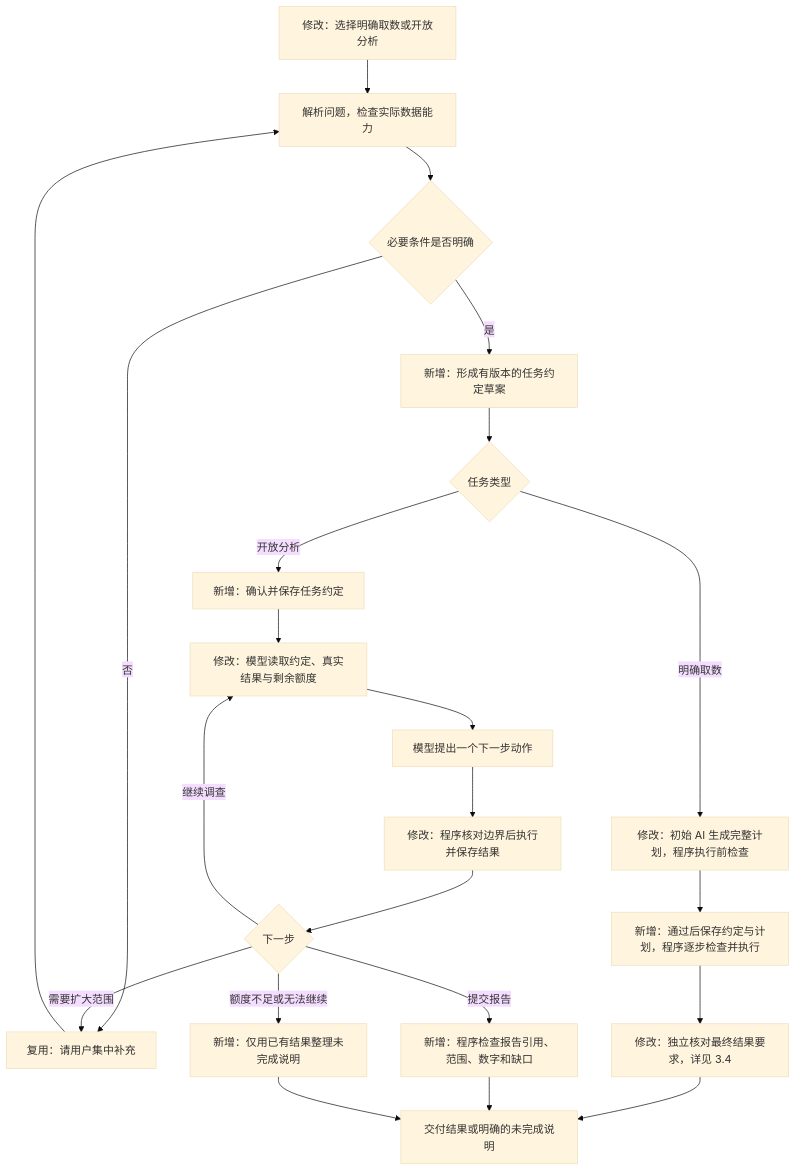
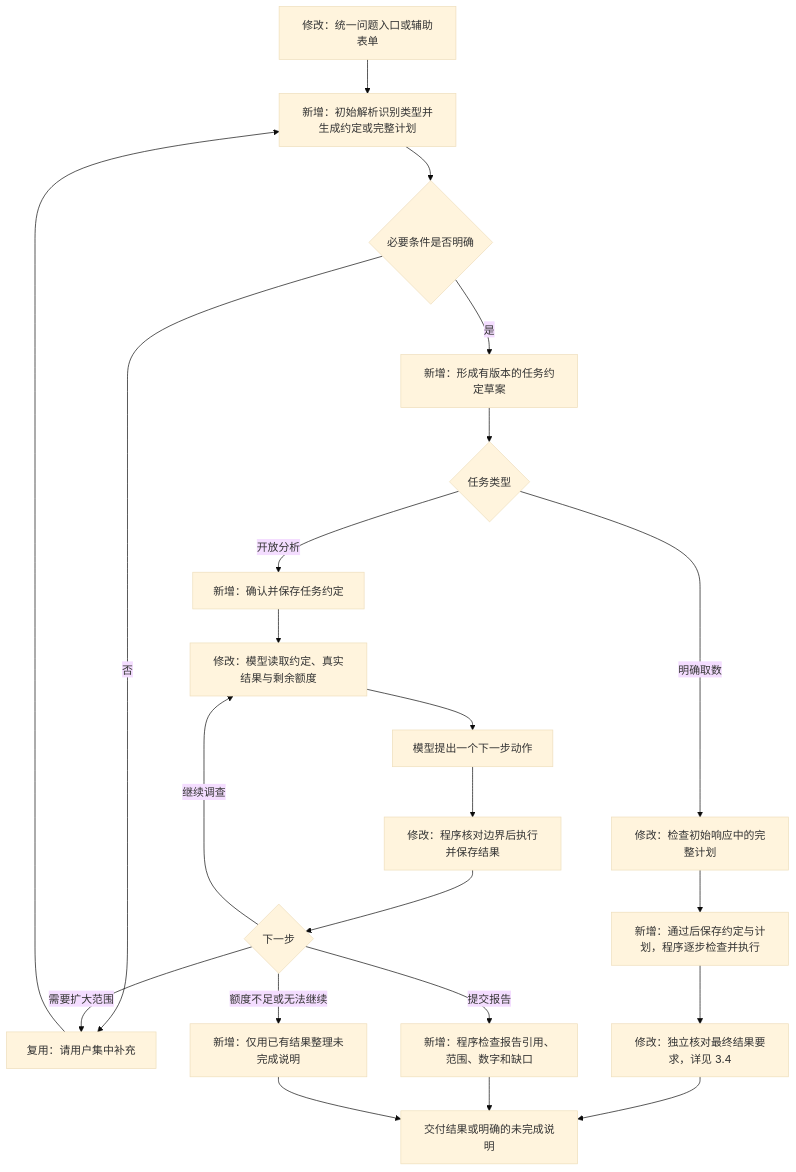
The second of 5 diagrams in docs/open-exploration-technical-design.md (zjqylhy/nl2sql_agent), drawn with Mermaid (base theme) before and after one commit. The commit also changed other lines of this file and 37 other files, not shown here.

````diff
--- a/docs/open-exploration-technical-design.md
+++ b/docs/open-exploration-technical-design.md
@@ -59,24 +61,24 @@
 ```mermaid
 flowchart TD
-  N1[修改：选择明确取数或开放分析] --> N2[解析问题，检查实际数据能力]
+  N1[修改：统一问题入口或辅助表单] --> N2[新增：初始解析识别类型并生成约定或完整计划]
   N2 --> N3{必要条件是否明确}
   N3 -->|否| N4[复用：请用户集中补充]
   N4 --> N2
   N3 -->|是| N5[新增：形成有版本的任务约定草案]
   N5 --> N6{任务类型}
-  N6 -->|明确取数| Q1[修改：初始 AI 生成完整计划，程序执行前检查]
+  N6 -->|明确取数| Q1[修改：检查初始响应中的完整计划]
   Q1 --> Q2[新增：通过后保存约定与计划，程序逐步检查并执行]
   Q2 --> Q3[修改：独立核对最终结果要求，详见 3.4]
   Q3 --> D[交付结果或明确的未完成说明]
   N6 -->|开放分析| A0[新增：确认并保存任务约定]
   A0 --> A1[修改：模型读取约定、真实结果与剩余额度]
   A1 --> A2[模型提出一个下一步动作]
   A2 --> A3[修改：程序核对边界后执行并保存结果]
   A3 --> A4{下一步}
   A4 -->|继续调查| A1
   A4 -->|需要扩大范围| N4
   A4 -->|提交报告| A5[新增：程序检查报告引用、范围、数字和缺口]
   A4 -->|额度不足或无法继续| A6[新增：仅用已有结果整理未完成说明]
   A5 --> D
   A6 --> D
 ```
````
